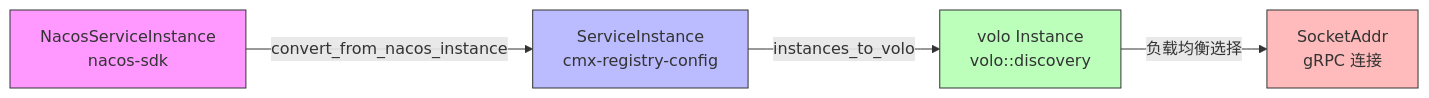
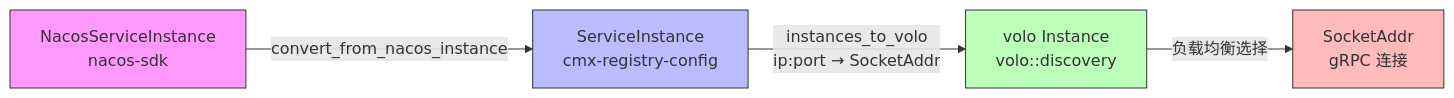
Before and after one commit to warpdrivelabs/cmx-container: the tenth of 11 diagrams in .trae/documents/RPC架构流程详解.md, drawn with Mermaid. The commit also changed other lines of this file and 2 other files, not shown here.

````diff
--- a/.trae/documents/RPC架构流程详解.md
+++ b/.trae/documents/RPC架构流程详解.md
@@ -349,11 +564,11 @@
 ```mermaid
 graph LR
     A[NacosServiceInstance<br/>nacos-sdk] -->|convert_from_nacos_instance| B[ServiceInstance<br/>cmx-registry-config]
-    B -->|instances_to_volo| C[volo Instance<br/>volo::discovery]
+    B -->|instances_to_volo<br/>ip:port → SocketAddr| C[volo Instance<br/>volo::discovery]
     C -->|负载均衡选择| D[SocketAddr<br/>gRPC 连接]
 
     style A fill:#f9f,stroke:#333
     style B fill:#bbf,stroke:#333
     style C fill:#bfb,stroke:#333
     style D fill:#fbb,stroke:#333
 ```
````
